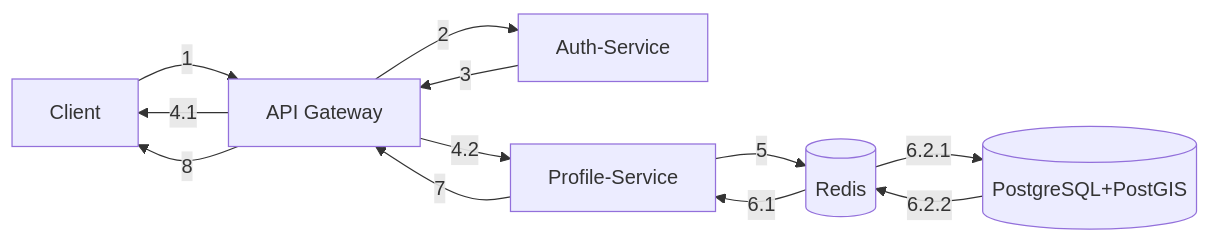
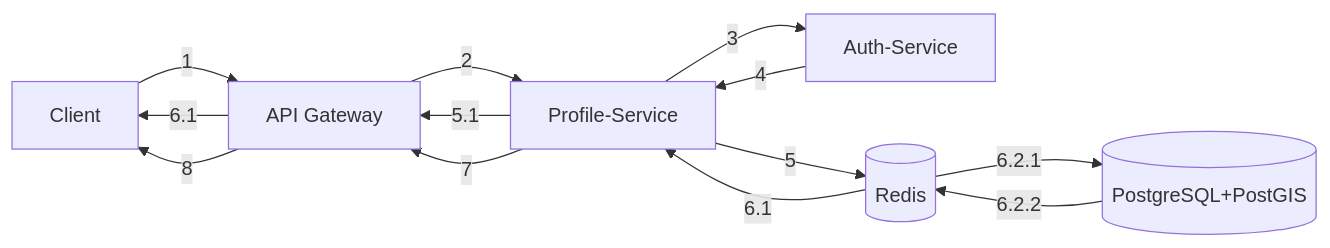
One commit to isOdin-l/TinderArt changed the fifth of 9 diagrams in docs/workflow-simple.md. Above: the diagram before and after it, drawn with Mermaid. The commit also changed other lines of this file and 5 other files, not shown here.

Commit message:
docs: updated workflow, architecture, structures docs

````diff
--- a/docs/workflow-simple.md
+++ b/docs/workflow-simple.md
@@ -162,22 +126,22 @@
 ```mermaid
 flowchart LR
 
 Client["Client"]
 Gateway["API Gateway"]
 Auth["Auth-Service"]
 Profile["Profile-Service"]
 Cache[("Redis")]:::redis
 DB_Profile[("PostgreSQL+PostGIS")]
 
-Client -->|1| Gateway -->|2| Auth -->|3| Gateway
+Client -->|1| Gateway -->|2| Profile-->|3| Auth-->|4| Profile 
+Profile-->|5.1| Gateway -->|6.1| Client
 
-Gateway -->|4.1| Client
-Gateway -->|4.2| Profile -->|5| Cache
+Profile -->|5| Cache
 
 Cache -->|6.1| Profile
 Cache -->|6.2.1| DB_Profile  
 DB_Profile -->|6.2.2| Cache
 
 Profile -->|7| Gateway
 Gateway -->|8| Client
 ```
````
